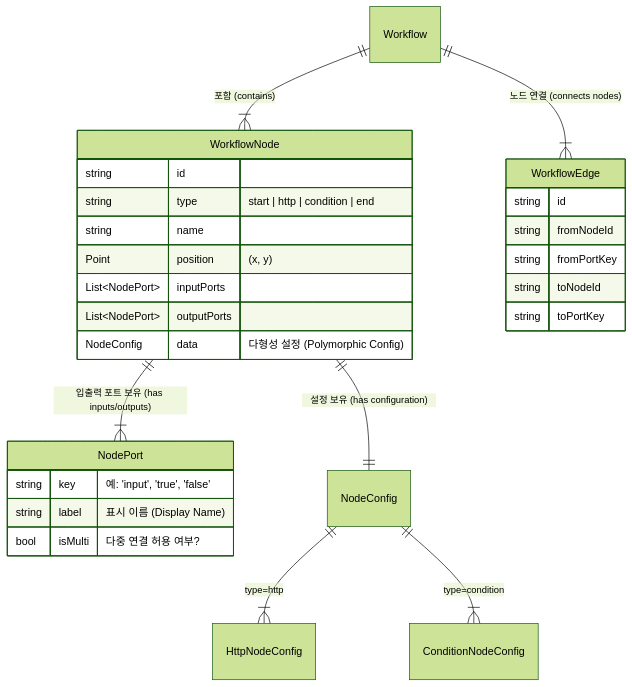
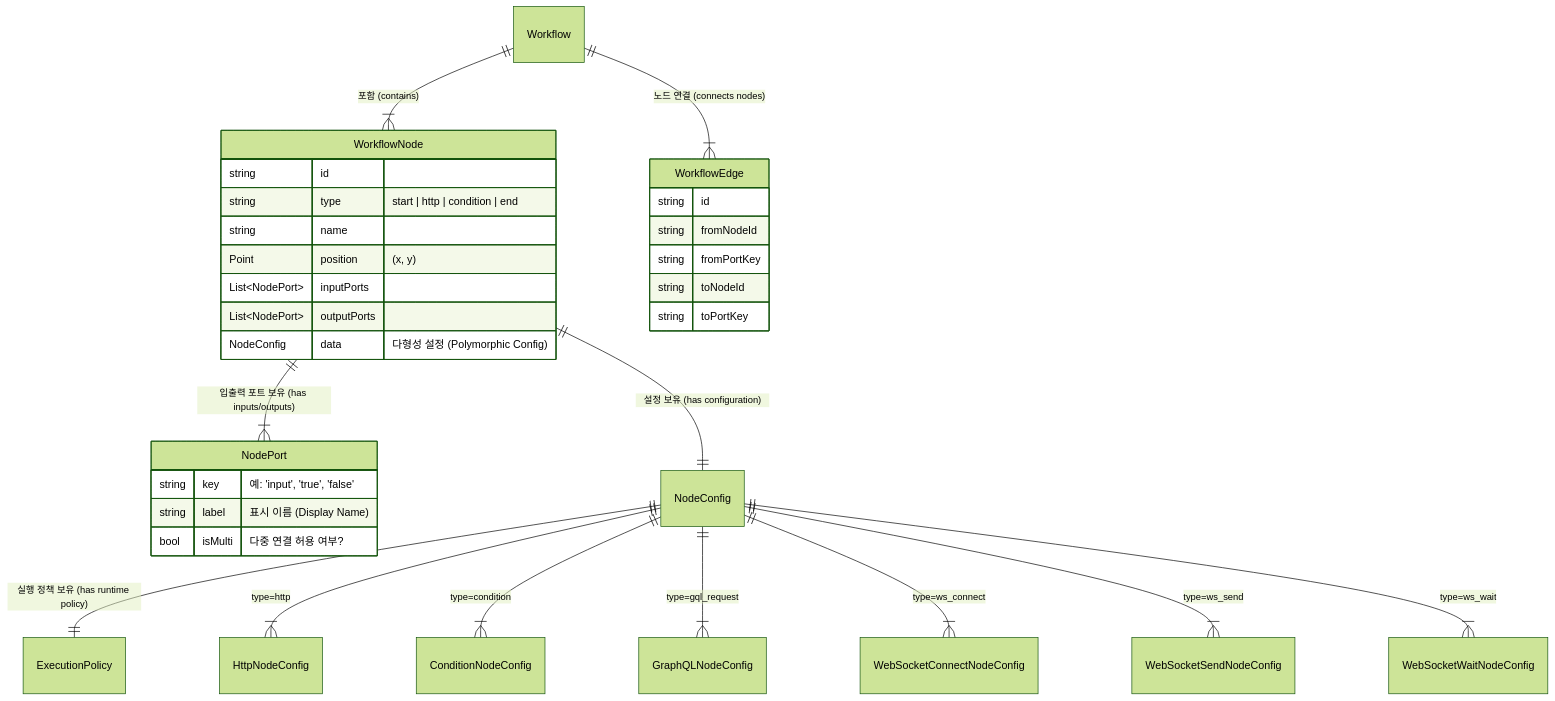
The diagram in docs/workflow_data_model_design_KR.md (clevekim00/ApiLens), drawn with Mermaid (forest theme) before and after one commit. The commit also changed other lines of this file and 121 other files, not shown here.

````diff
--- a/docs/workflow_data_model_design_KR.md
+++ b/docs/workflow_data_model_design_KR.md
@@ -4,34 +4,39 @@
 ```mermaid
 erDiagram
     Workflow ||--|{ WorkflowNode : "포함 (contains)"
     Workflow ||--|{ WorkflowEdge : "노드 연결 (connects nodes)"
     WorkflowNode ||--|{ NodePort : "입출력 포트 보유 (has inputs/outputs)"
     WorkflowNode ||--|| NodeConfig : "설정 보유 (has configuration)"
+    NodeConfig ||--|| ExecutionPolicy : "실행 정책 보유 (has runtime policy)"
     
     WorkflowEdge {
         string id
         string fromNodeId
         string fromPortKey
         string toNodeId
         string toPortKey
     }
 
     WorkflowNode {
         string id
         string type "start | http | condition | end"
         string name
         Point position "(x, y)"
         List~NodePort~ inputPorts
         List~NodePort~ outputPorts
         NodeConfig data "다형성 설정 (Polymorphic Config)"
     }
 
     NodePort {
         string key "예: 'input', 'true', 'false'"
         string label "표시 이름 (Display Name)"
         bool isMulti "다중 연결 허용 여부?"
     }
 
     NodeConfig ||--|{ HttpNodeConfig : "type=http"
     NodeConfig ||--|{ ConditionNodeConfig : "type=condition"
+    NodeConfig ||--|{ GraphQLNodeConfig : "type=gql_request"
+    NodeConfig ||--|{ WebSocketConnectNodeConfig : "type=ws_connect"
+    NodeConfig ||--|{ WebSocketSendNodeConfig : "type=ws_send"
+    NodeConfig ||--|{ WebSocketWaitNodeConfig : "type=ws_wait"
 ```
````
